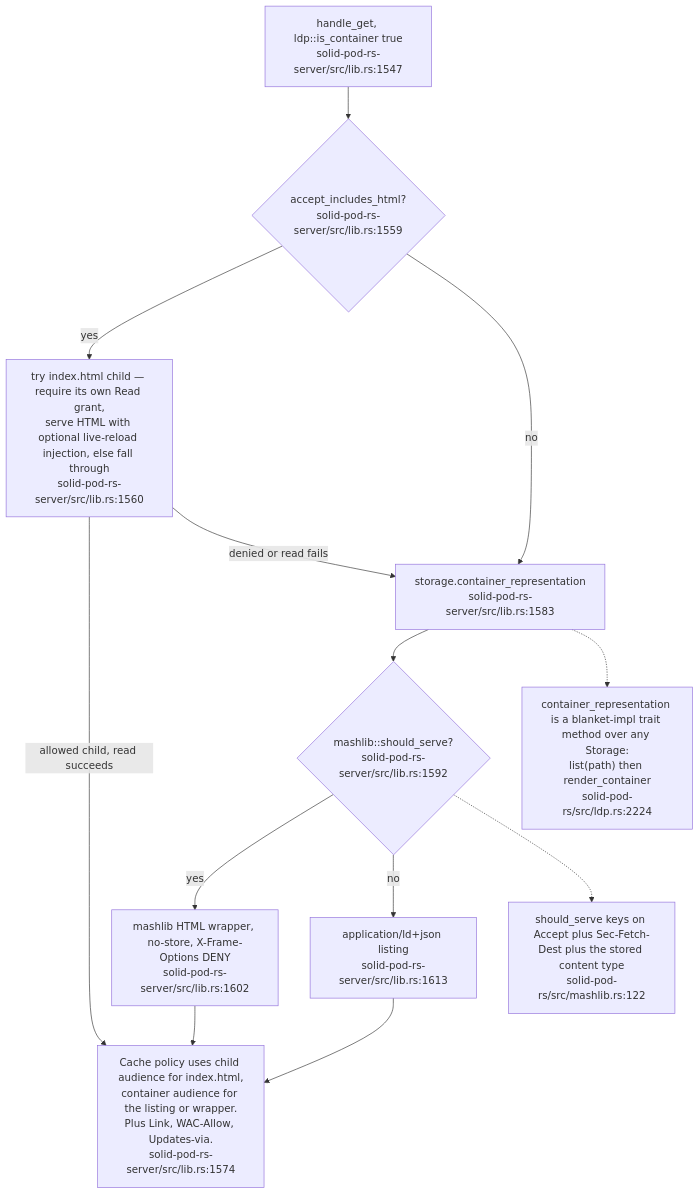
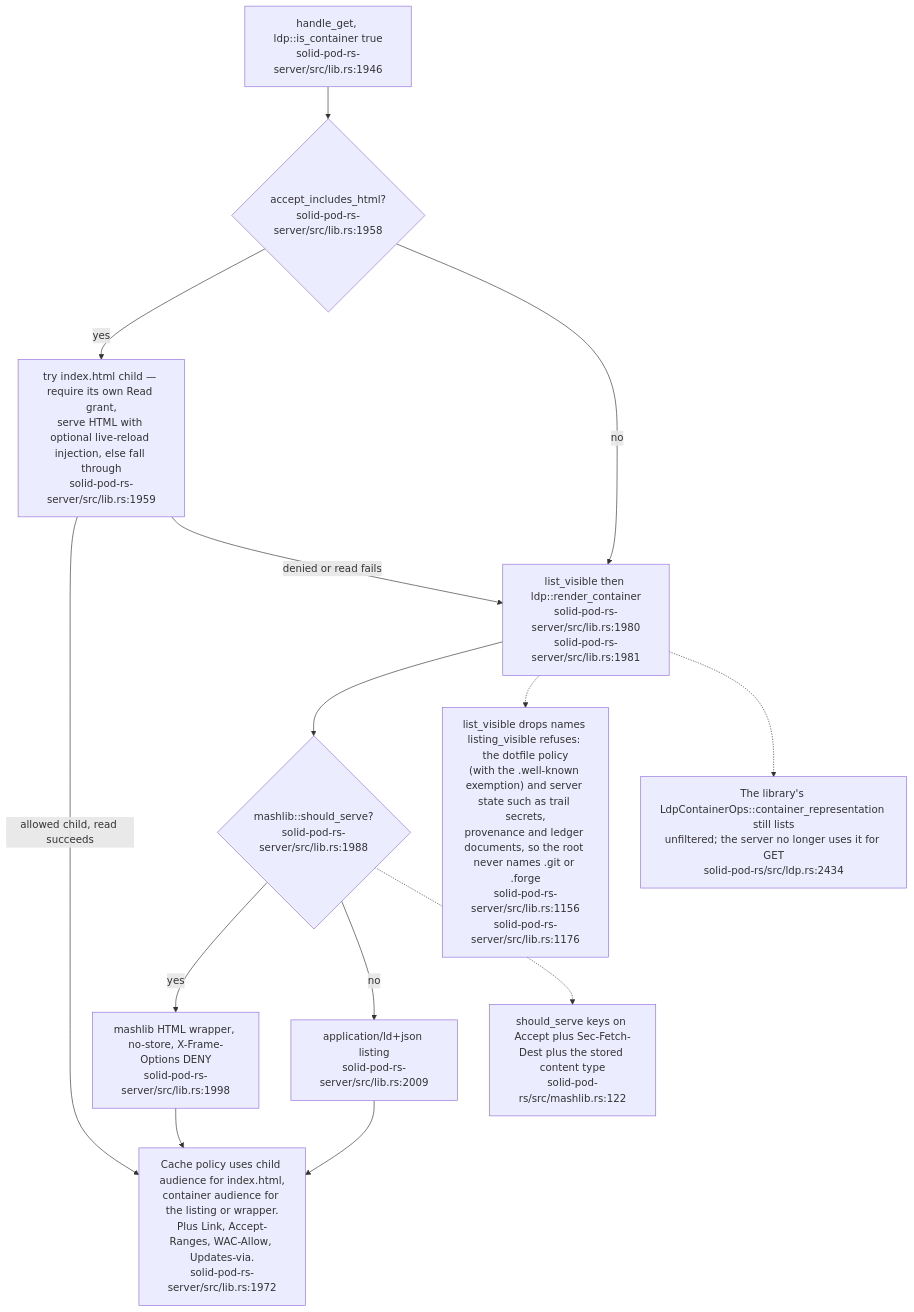
Before and after one commit to DreamLab-AI/VisionFlow: the second of 14 diagrams in docs/diagrams/solid-pod-rs/03-ldp-request-lifecycle.md, drawn with Mermaid. The commit also changed other lines of this file and 1 other file, not shown here.

First line of the commit message:
docs(diagrams): SP-03, SP-13 re-verified at solid-pod-rs a28a748

````diff
--- a/docs/diagrams/solid-pod-rs/03-ldp-request-lifecycle.md
+++ b/docs/diagrams/solid-pod-rs/03-ldp-request-lifecycle.md
@@ -60,25 +64,27 @@
 ```mermaid
 flowchart TD
-    START["handle_get, ldp::is_container true<br/>solid-pod-rs-server/src/lib.rs:1547"]
-    HTML{"accept_includes_html?<br/>solid-pod-rs-server/src/lib.rs:1559"}
-    IDX["try index.html child — require its own Read grant,<br/>serve HTML with optional live-reload injection, else fall through<br/>solid-pod-rs-server/src/lib.rs:1560"]
-    REP["storage.container_representation<br/>solid-pod-rs-server/src/lib.rs:1583"]
-    MASH{"mashlib::should_serve?<br/>solid-pod-rs-server/src/lib.rs:1592"}
-    MHTML["mashlib HTML wrapper, no-store, X-Frame-Options DENY<br/>solid-pod-rs-server/src/lib.rs:1602"]
-    JSONLD["application/ld+json listing<br/>solid-pod-rs-server/src/lib.rs:1613"]
-    DONE["Cache policy uses child audience for index.html,<br/>container audience for the listing or wrapper.<br/>Plus Link, WAC-Allow, Updates-via.<br/>solid-pod-rs-server/src/lib.rs:1574"]
+    START["handle_get, ldp::is_container true<br/>solid-pod-rs-server/src/lib.rs:1946"]
+    HTML{"accept_includes_html?<br/>solid-pod-rs-server/src/lib.rs:1958"}
+    IDX["try index.html child — require its own Read grant,<br/>serve HTML with optional live-reload injection, else fall through<br/>solid-pod-rs-server/src/lib.rs:1959"]
+    REP["list_visible then ldp::render_container<br/>solid-pod-rs-server/src/lib.rs:1980<br/>solid-pod-rs-server/src/lib.rs:1981"]
+    MASH{"mashlib::should_serve?<br/>solid-pod-rs-server/src/lib.rs:1988"}
+    MHTML["mashlib HTML wrapper, no-store, X-Frame-Options DENY<br/>solid-pod-rs-server/src/lib.rs:1998"]
+    JSONLD["application/ld+json listing<br/>solid-pod-rs-server/src/lib.rs:2009"]
+    DONE["Cache policy uses child audience for index.html,<br/>container audience for the listing or wrapper.<br/>Plus Link, Accept-Ranges, WAC-Allow, Updates-via.<br/>solid-pod-rs-server/src/lib.rs:1972"]
 
     START --> HTML
     HTML -- yes --> IDX
     HTML -- no --> REP
     IDX -- "allowed child, read succeeds" --> DONE
     IDX -- "denied or read fails" --> REP
     REP --> MASH
     MASH -- yes --> MHTML --> DONE
     MASH -- no --> JSONLD --> DONE
 
-    N["container_representation is a blanket-impl trait method over any Storage:<br/>list(path) then render_container<br/>solid-pod-rs/src/ldp.rs:2224"]
+    N["list_visible drops names listing_visible refuses: the dotfile policy<br/>(with the .well-known exemption) and server state such as trail secrets,<br/>provenance and ledger documents, so the root never names .git or .forge<br/>solid-pod-rs-server/src/lib.rs:1156<br/>solid-pod-rs-server/src/lib.rs:1176"]
     REP -.-> N
     N2["should_serve keys on Accept plus Sec-Fetch-Dest plus the stored content type<br/>solid-pod-rs/src/mashlib.rs:122"]
     MASH -.-> N2
+    N3["The library's LdpContainerOps::container_representation still lists<br/>unfiltered; the server no longer uses it for GET<br/>solid-pod-rs/src/ldp.rs:2434"]
+    REP -.-> N3
 ```
````
